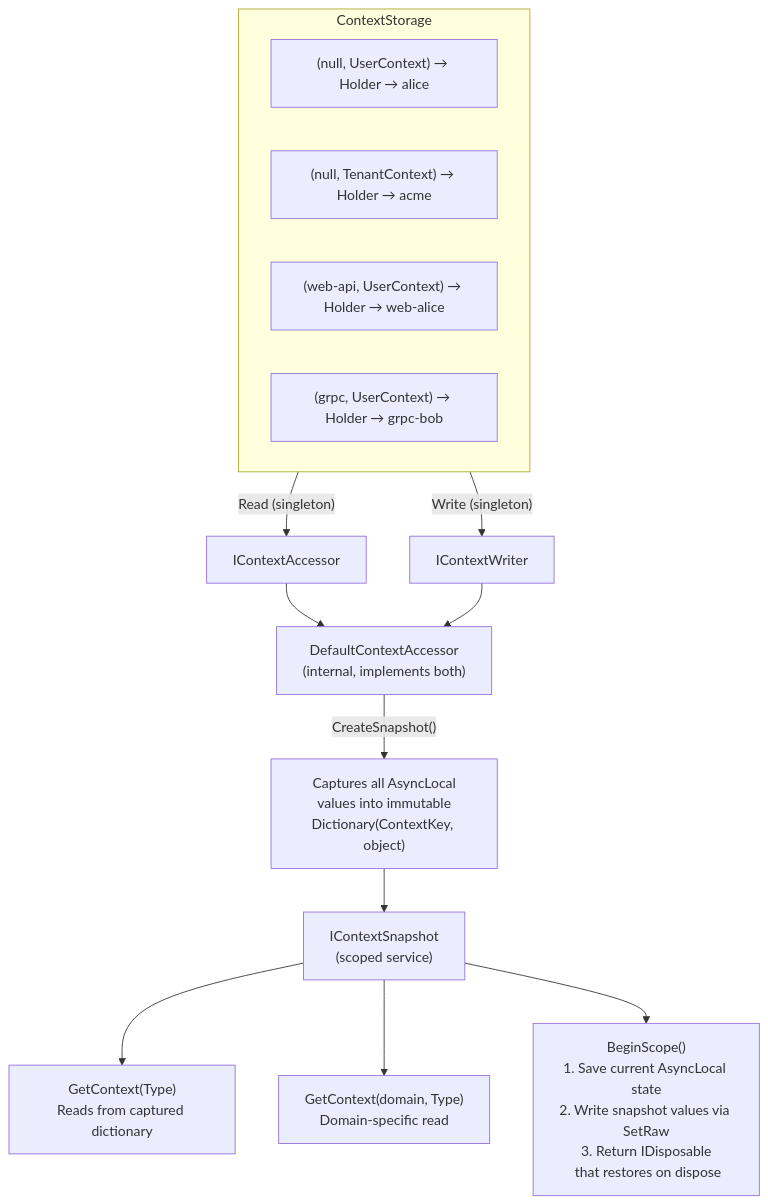
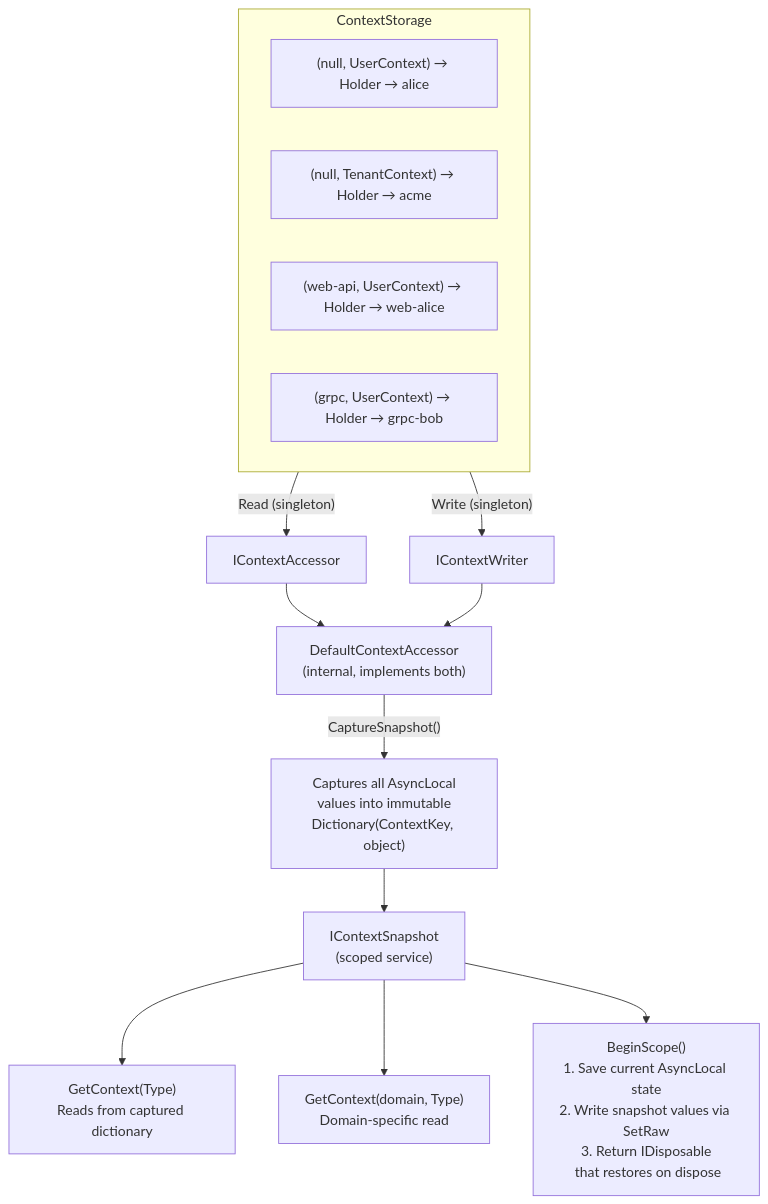
One commit to arttonoyan/ContextR changed the fourth of 8 diagrams in docs/ARCHITECTURE.md. Above: the diagram before and after it, drawn with Mermaid. The commit also changed other lines of this file and 49 other files, not shown here.

````diff
--- a/docs/ARCHITECTURE.md
+++ b/docs/ARCHITECTURE.md
@@ -336,23 +336,23 @@
 ```mermaid
 graph TD
     subgraph Storage["ContextStorage"]
         S1["(null, UserContext) → Holder → alice"]
         S2["(null, TenantContext) → Holder → acme"]
         S3["(web-api, UserContext) → Holder → web-alice"]
         S4["(grpc, UserContext) → Holder → grpc-bob"]
     end
 
     Storage -- "Read (singleton)" --> Accessor["IContextAccessor"]
     Storage -- "Write (singleton)" --> Writer["IContextWriter"]
 
     Accessor --> DCA["DefaultContextAccessor\n(internal, implements both)"]
     Writer --> DCA
 
-    DCA -- "CreateSnapshot()" --> Capture["Captures all AsyncLocal\nvalues into immutable\nDictionary(ContextKey, object)"]
+    DCA -- "CaptureSnapshot()" --> Capture["Captures all AsyncLocal\nvalues into immutable\nDictionary(ContextKey, object)"]
 
     Capture --> Snapshot["IContextSnapshot\n(scoped service)"]
 
     Snapshot --> GetCtx["GetContext(Type)\nReads from captured dictionary"]
     Snapshot --> GetDomain["GetContext(domain, Type)\nDomain-specific read"]
     Snapshot --> BeginScope["BeginScope()\n1. Save current AsyncLocal state\n2. Write snapshot values via SetRaw\n3. Return IDisposable\n that restores on dispose"]
 ```
````
